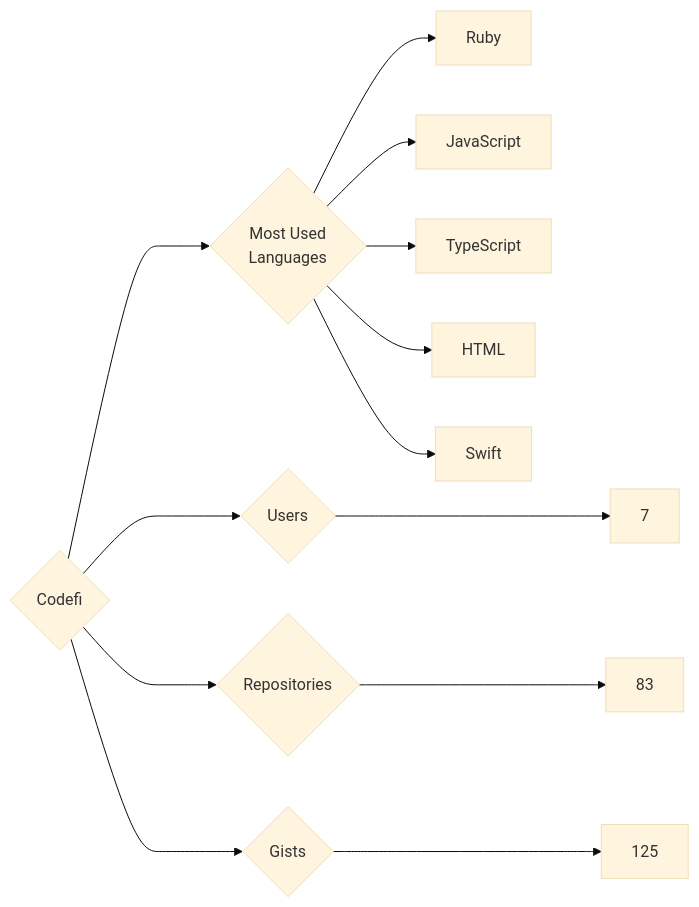
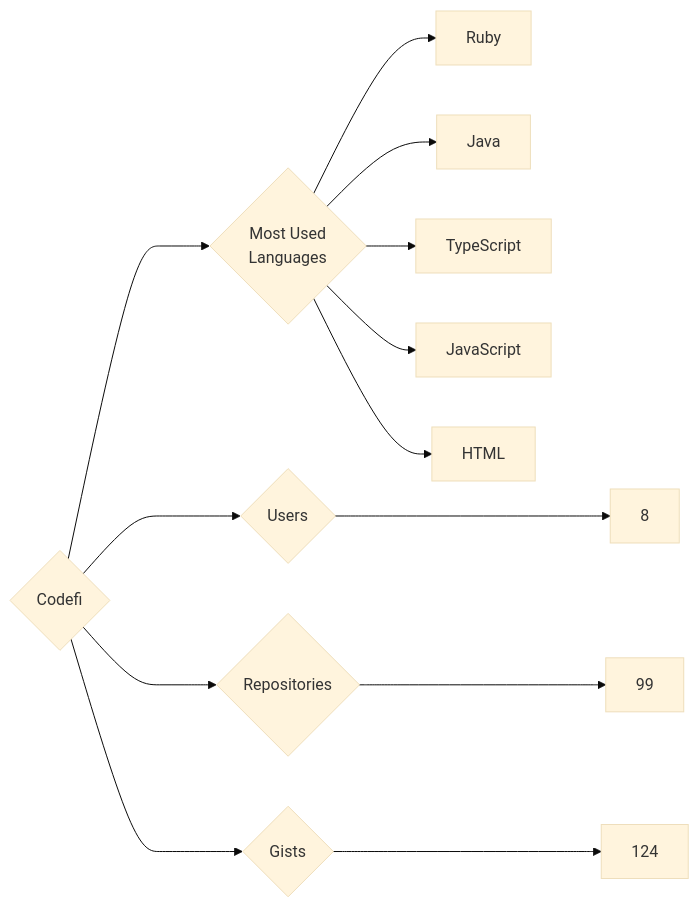
Before and after one commit to trickest/insiders: the diagram in targets/Codefi/README.md, drawn with Mermaid (base theme). The commit also changed 682 other files, not shown here.

````diff
--- a/targets/Codefi/README.md
+++ b/targets/Codefi/README.md
@@ -3,13 +3,13 @@
 ```mermaid
 graph LR
 COMPANY_NAME{Codefi}
-COMPANY_NAME ---> U{Users} ---> UN[7]
-COMPANY_NAME ---> R{Repositories} ---> RN[83]
-COMPANY_NAME ---> G{Gists} ---> GN[125]
+COMPANY_NAME ---> U{Users} ---> UN[8]
+COMPANY_NAME ---> R{Repositories} ---> RN[99]
+COMPANY_NAME ---> G{Gists} ---> GN[124]
 COMPANY_NAME ---> ML{Most Used<br>Languages}
 ML --> Ruby[Ruby]
+ML --> Java[Java]
+ML --> TypeScript[TypeScript]
 ML --> JavaScript[JavaScript]
-ML --> TypeScript[TypeScript]
 ML --> HTML[HTML]
-ML --> Swift[Swift]
 ```
````
